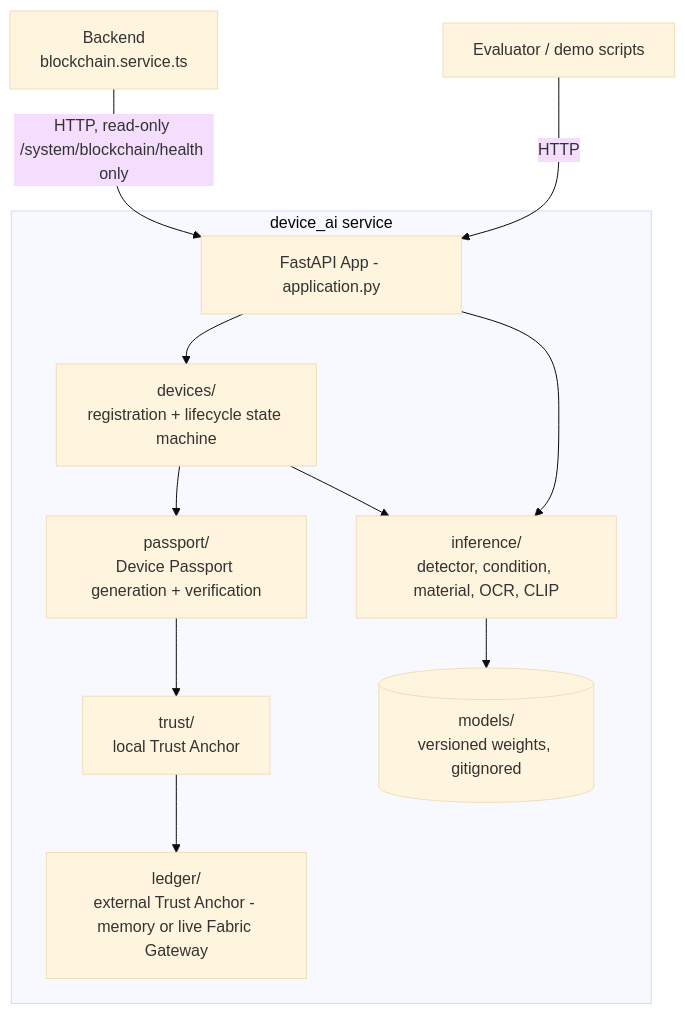
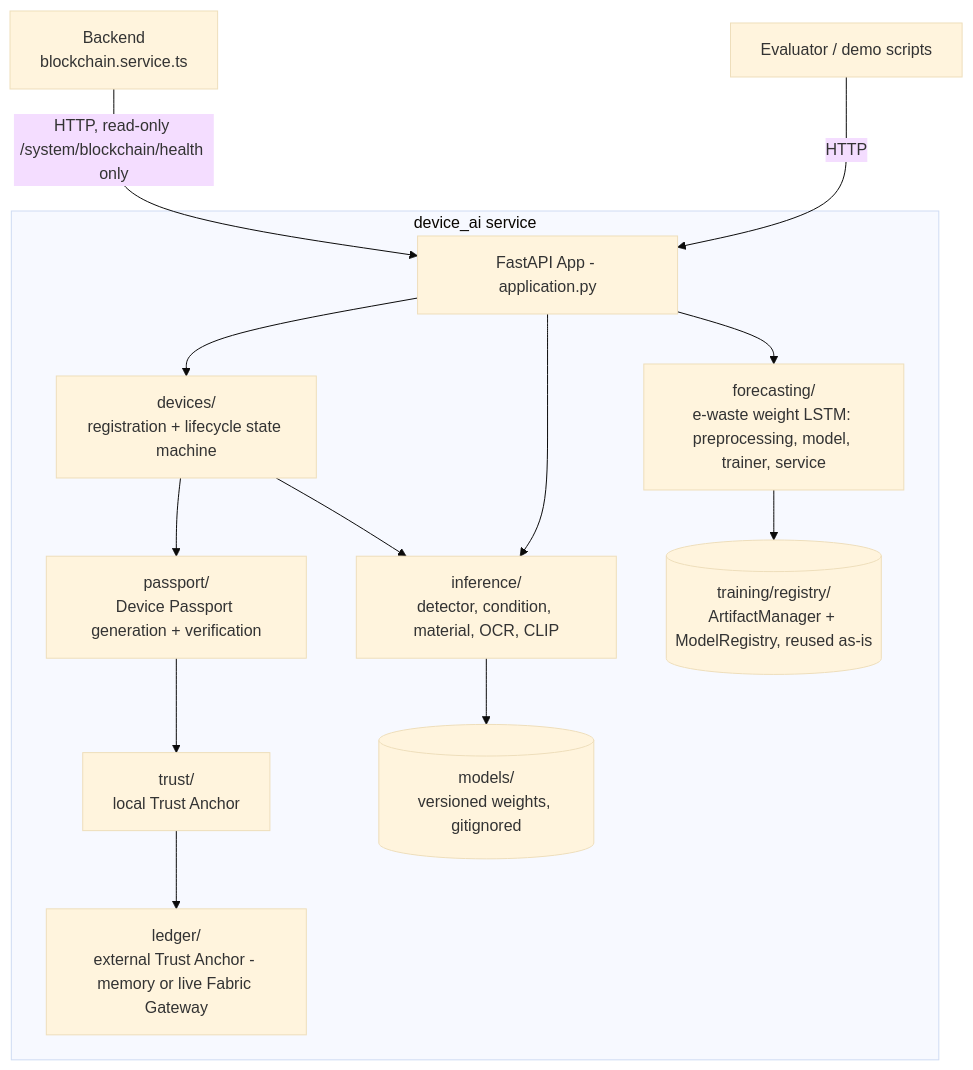
Before and after one commit to Edith-Stark06/Eco-Trace-Warriors: the diagram in docs/engineering/08_AI.md, drawn with Mermaid (base theme). The commit also changed other lines of this file and 162 other files, not shown here.

````diff
--- a/docs/engineering/08_AI.md
+++ b/docs/engineering/08_AI.md
@@ -59,15 +59,17 @@
 ```mermaid
 flowchart TB
     EV[Evaluator / demo scripts] -->|HTTP| GW[FastAPI App - application.py]
     BE[Backend<br/>blockchain.service.ts] -->|HTTP, read-only /system/blockchain/health only| GW
     subgraph "device_ai service"
         GW --> DEV[devices/<br/>registration + lifecycle state machine]
         GW --> INF[inference/<br/>detector, condition, material, OCR, CLIP]
         DEV --> INF
         DEV --> PASS[passport/<br/>Device Passport generation + verification]
         PASS --> TRUST[trust/<br/>local Trust Anchor]
         TRUST --> LEDGER[ledger/<br/>external Trust Anchor - memory or live Fabric Gateway]
         REG[(models/<br/>versioned weights, gitignored)]
         INF --> REG
+        GW --> FC[forecasting/<br/>e-waste weight LSTM: preprocessing, model, trainer, service]
+        FC --> ART[(training/registry/<br/>ArtifactManager + ModelRegistry, reused as-is)]
     end
 ```
````
